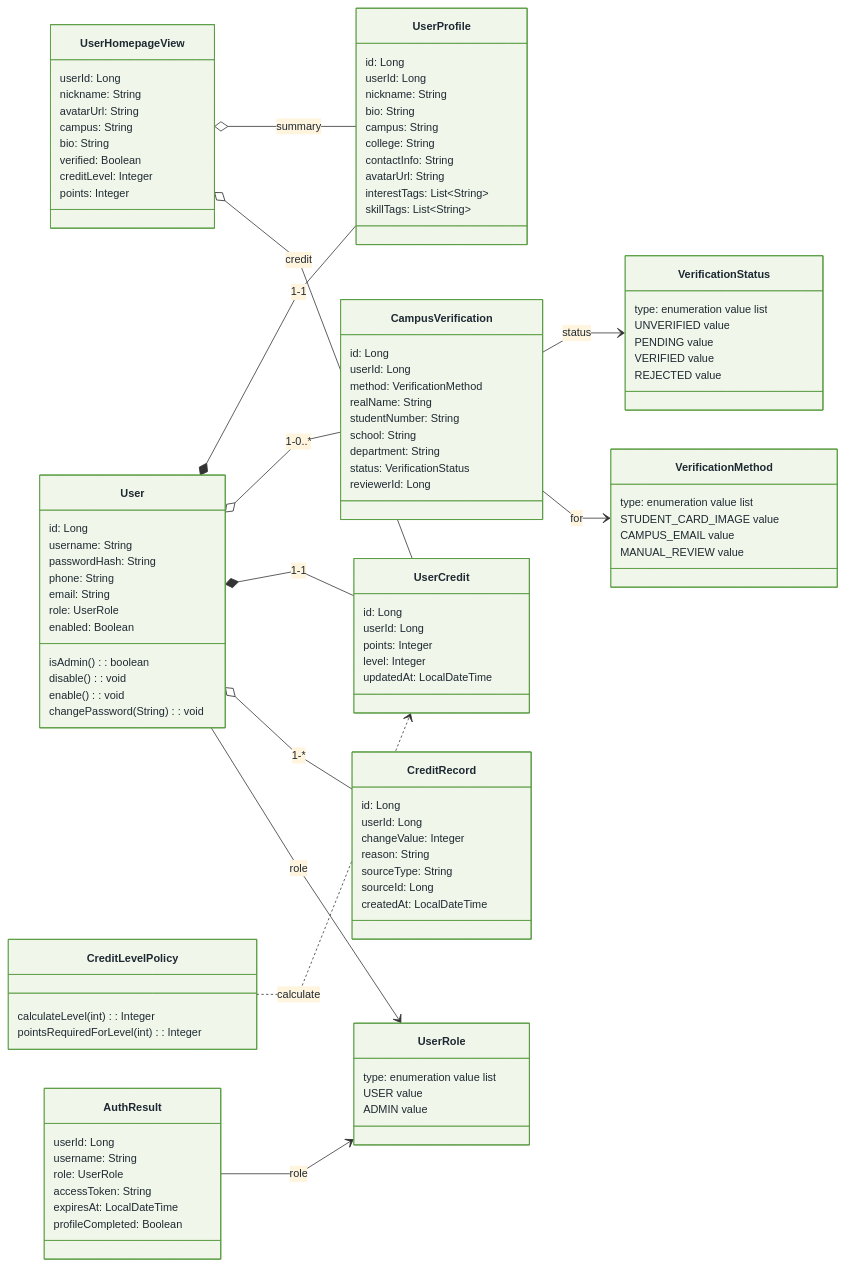
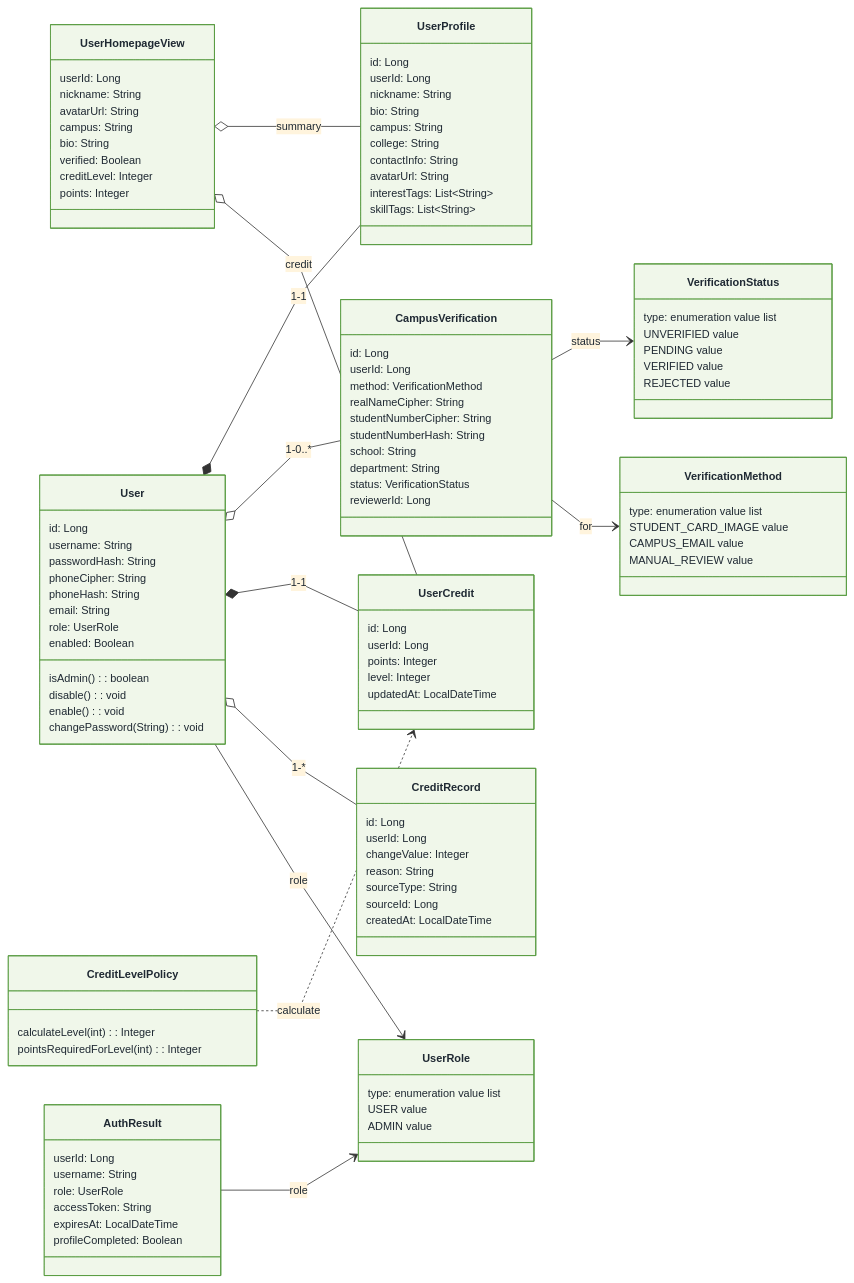
One commit to X-Immortal/CampusBridge changed the diagram in docs/P3/01-核心类设计/核心类图/核心类图-用户与身份模块.mmd. Above: the diagram before and after it, drawn with Mermaid. The commit also changed 13 other files, not shown here.

Commit message:
P3图片修正

```diff
--- a/docs/P3/01-核心类设计/核心类图/核心类图-用户与身份模块.mmd
+++ b/docs/P3/01-核心类设计/核心类图/核心类图-用户与身份模块.mmd
@@ -1,125 +1,127 @@
 %%{init: {"theme": "base", "themeVariables": {"fontFamily": "Arial, Microsoft YaHei, sans-serif", "fontSize": "14px", "primaryTextColor": "#1f2933", "lineColor": "#333333"}, "flowchart": {"curve": "linear"}, "class": {"hideEmptyMembersBox": true}}}%%
 classDiagram
 direction LR
 class User {
   id: Long
   username: String
   passwordHash: String
-  phone: String
+  phoneCipher: String
+  phoneHash: String
   email: String
   role: UserRole
   enabled: Boolean
   isAdmin(): boolean
   disable(): void
   enable(): void
   changePassword(String): void
 }
 class UserProfile {
   id: Long
   userId: Long
   nickname: String
   bio: String
   campus: String
   college: String
   contactInfo: String
   avatarUrl: String
   interestTags: List~String~
   skillTags: List~String~
 }
 class CampusVerification {
   id: Long
   userId: Long
   method: VerificationMethod
-  realName: String
-  studentNumber: String
+  realNameCipher: String
+  studentNumberCipher: String
+  studentNumberHash: String
   school: String
   department: String
   status: VerificationStatus
   reviewerId: Long
 }
 class UserHomepageView {
   userId: Long
   nickname: String
   avatarUrl: String
   campus: String
   bio: String
   verified: Boolean
   creditLevel: Integer
   points: Integer
 }
 class UserCredit {
   id: Long
   userId: Long
   points: Integer
   level: Integer
   updatedAt: LocalDateTime
 }
 class CreditRecord {
   id: Long
   userId: Long
   changeValue: Integer
   reason: String
   sourceType: String
   sourceId: Long
   createdAt: LocalDateTime
 }
 class CreditLevelPolicy {
   calculateLevel(int): Integer
   pointsRequiredForLevel(int): Integer
 }
 class AuthResult {
   userId: Long
   username: String
   role: UserRole
   accessToken: String
   expiresAt: LocalDateTime
   profileCompleted: Boolean
 }
 class UserRole {
   type: enumeration value list
   USER value
   ADMIN value
 }
 class VerificationMethod {
   type: enumeration value list
   STUDENT_CARD_IMAGE value
   CAMPUS_EMAIL value
   MANUAL_REVIEW value
 }
 class VerificationStatus {
   type: enumeration value list
   UNVERIFIED value
   PENDING value
   VERIFIED value
   REJECTED value
 }
 User *-- UserProfile : 1-1
 User o-- CampusVerification : 1-0..*
 User *-- UserCredit : 1-1
 User o-- CreditRecord : 1-*
 CreditLevelPolicy ..> UserCredit : calculate
 UserHomepageView o-- UserProfile : summary
 UserHomepageView o-- UserCredit : credit
 CampusVerification --> VerificationStatus : status
 CampusVerification --> VerificationMethod : for
 User --> UserRole : role
 AuthResult --> UserRole : role
 class User:::user
 class UserProfile:::user
 class CampusVerification:::user
 class UserHomepageView:::user
 class UserCredit:::user
 class CreditRecord:::user
 class CreditLevelPolicy:::user
 class AuthResult:::user
 class UserRole:::user
 class VerificationMethod:::user
 class VerificationStatus:::user
 classDef view fill:#E9F5FF,stroke:#2F80ED,color:#1f2933;
 classDef user fill:#F0F7EA,stroke:#5A9C42,color:#1f2933;
 classDef post fill:#FFF6DE,stroke:#D99A00,color:#1f2933;
 classDef task fill:#FDECEC,stroke:#D94B4B,color:#1f2933;
 classDef msg fill:#F1ECFF,stroke:#7B61D1,color:#1f2933;
 classDef attach fill:#EEF2F5,stroke:#607D8B,color:#1f2933;
 classDef govern fill:#FFF0F6,stroke:#C94F8A,color:#1f2933;
 classDef service fill:#F5F5F5,stroke:#555555,color:#1f2933;
```
